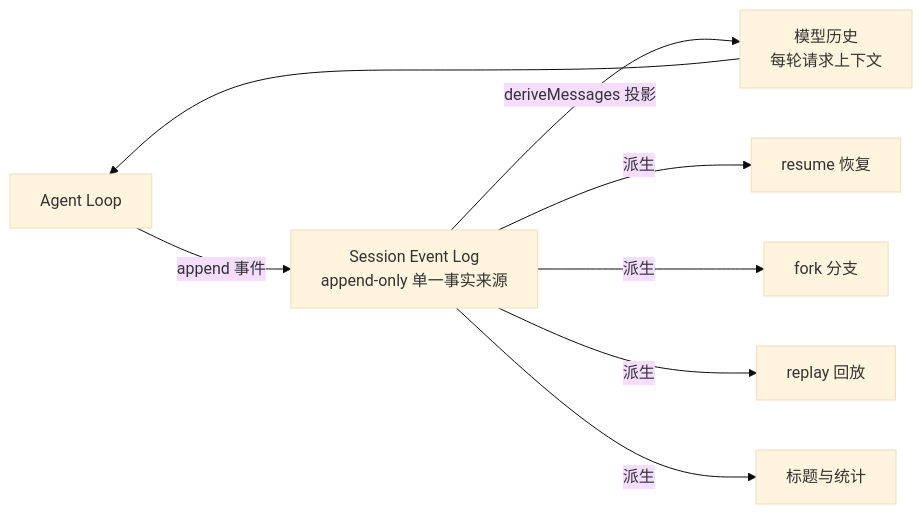
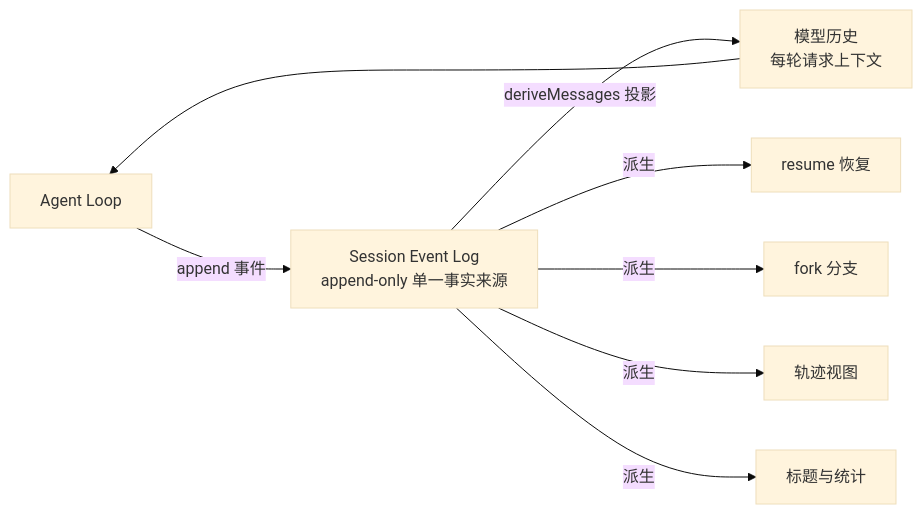
The seventh of 16 diagrams in source/_posts/DeepSeek Harness 简析.md (Chieko3020/Chieko3020.github.io), drawn with Mermaid (base theme) before and after one commit. The commit also changed other lines of this file and 4 other files, not shown here.

Commit message:
更新：DeepSeek Harness 简析 升级到 0.2.2-rc.1（事件表、会话格式、preset、subagent 换轴），新增产品形态一节与四张配图

````diff
--- a/source/_posts/DeepSeek Harness 简析.md
+++ b/source/_posts/DeepSeek Harness 简析.md
@@ -539,10 +574,10 @@
 ```mermaid
 graph LR
     LOOP[Agent Loop] -->|append 事件| LOG[Session Event Log<br/>append-only 单一事实来源]
     LOG -->|deriveMessages 投影| HIST[模型历史<br/>每轮请求上下文]
     HIST --> LOOP
     LOG -->|派生| RESUME[resume 恢复]
     LOG -->|派生| FORK[fork 分支]
-    LOG -->|派生| REPLAY[replay 回放]
+    LOG -->|派生| TRACE[轨迹视图]
     LOG -->|派生| TITLE[标题与统计]
 ```
````
